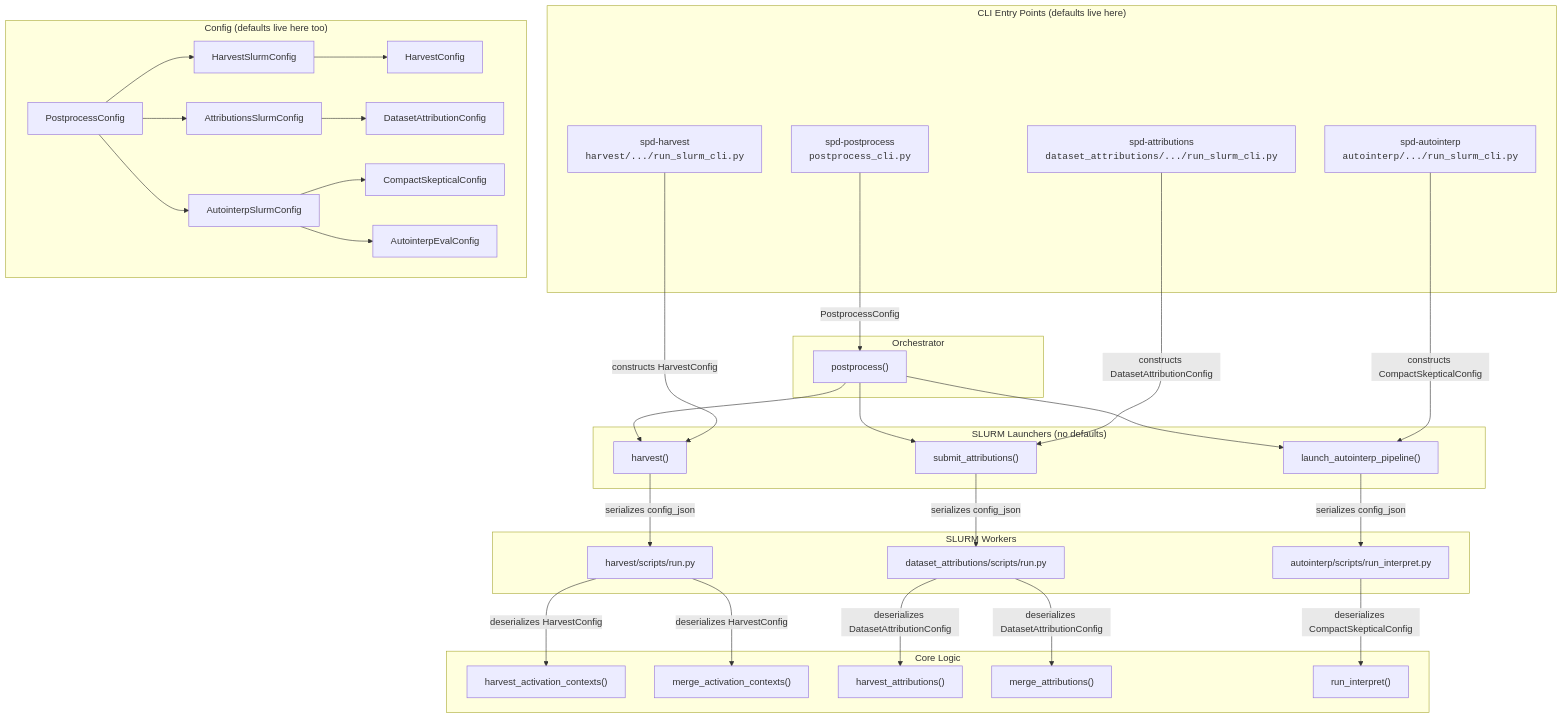
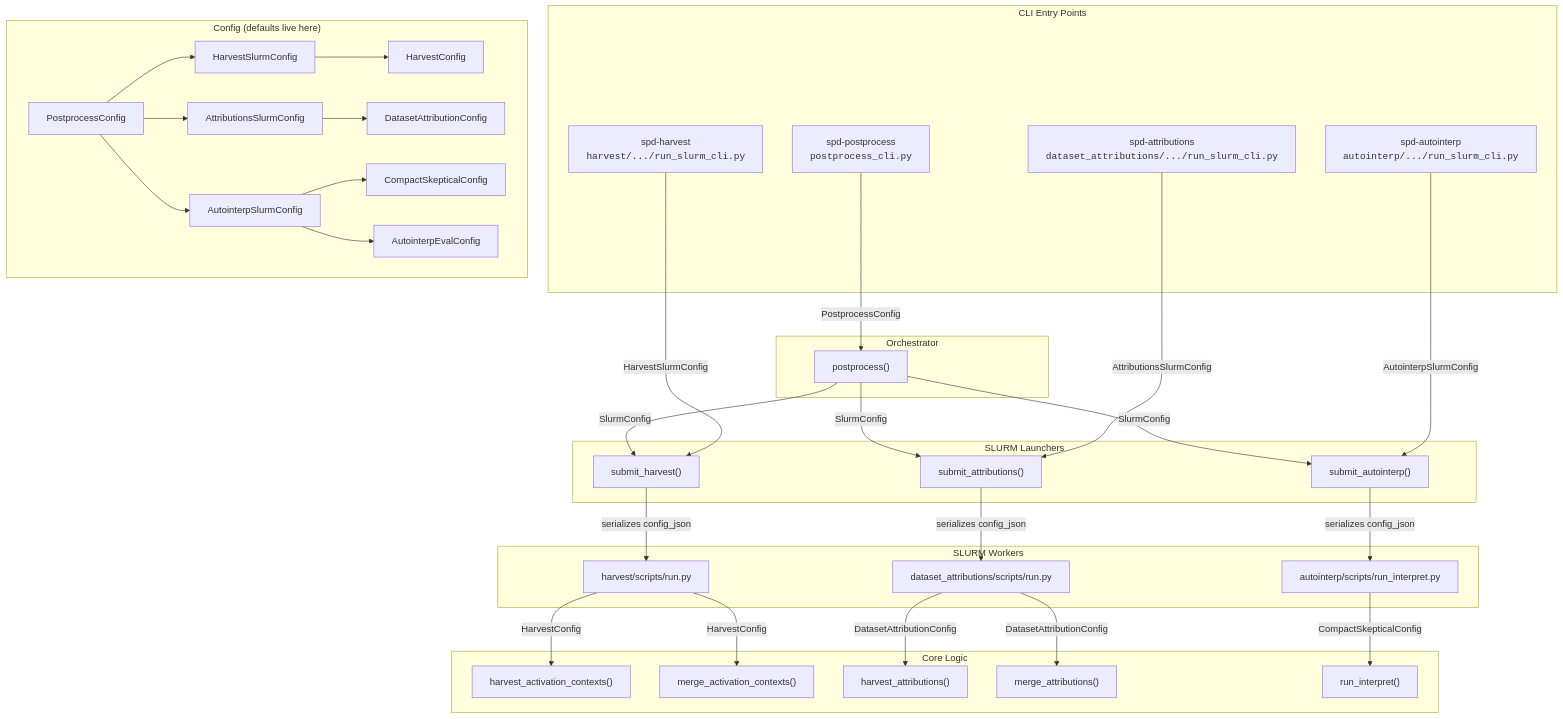
The first of 3 diagrams in spd/scripts/postprocess_architecture.md (goodfire-ai/spd), drawn with Mermaid before and after one commit. The commit also changed other lines of this file and 28 other files, not shown here.

First line of the commit message:
Extract configs into config.py files, flatten harvest/lib/, add AppTokenizer.from_pretrained

````diff
--- a/spd/scripts/postprocess_architecture.md
+++ b/spd/scripts/postprocess_architecture.md
@@ -5,64 +5,64 @@
 ```mermaid
 graph TD
-    subgraph "CLI Entry Points (defaults live here)"
+    subgraph "CLI Entry Points"
         PP_CLI["spd-postprocess<br/><code>postprocess_cli.py</code>"]
         H_CLI["spd-harvest<br/><code>harvest/.../run_slurm_cli.py</code>"]
         A_CLI["spd-attributions<br/><code>dataset_attributions/.../run_slurm_cli.py</code>"]
         AI_CLI["spd-autointerp<br/><code>autointerp/.../run_slurm_cli.py</code>"]
     end
 
-    subgraph "Config (defaults live here too)"
+    subgraph "Config (defaults live here)"
         PC["PostprocessConfig"]
         HSC["HarvestSlurmConfig"]
         ASC["AttributionsSlurmConfig"]
         AISC["AutointerpSlurmConfig"]
         HC["HarvestConfig"]
         DAC["DatasetAttributionConfig"]
         CSC["CompactSkepticalConfig"]
         AEC["AutointerpEvalConfig"]
 
         PC --> HSC & ASC & AISC
         HSC --> HC
         ASC --> DAC
         AISC --> CSC & AEC
     end
 
     subgraph "Orchestrator"
         PP["postprocess()"]
     end
 
-    subgraph "SLURM Launchers (no defaults)"
-        H_SLURM["harvest()"]
+    subgraph "SLURM Launchers"
+        H_SLURM["submit_harvest()"]
         A_SLURM["submit_attributions()"]
-        AI_SLURM["launch_autointerp_pipeline()"]
+        AI_SLURM["submit_autointerp()"]
     end
 
     subgraph "SLURM Workers"
         H_RUN["harvest/scripts/run.py"]
         A_RUN["dataset_attributions/scripts/run.py"]
         AI_RUN["autointerp/scripts/run_interpret.py"]
     end
 
     subgraph "Core Logic"
         H_CORE["harvest_activation_contexts()"]
         H_MERGE["merge_activation_contexts()"]
         A_CORE["harvest_attributions()"]
         A_MERGE["merge_attributions()"]
         AI_CORE["run_interpret()"]
     end
 
     PP_CLI -- "PostprocessConfig" --> PP
-    PP --> H_SLURM & A_SLURM & AI_SLURM
+    PP -- "SlurmConfig" --> H_SLURM & A_SLURM & AI_SLURM
 
-    H_CLI -- "constructs HarvestConfig" --> H_SLURM
-    A_CLI -- "constructs DatasetAttributionConfig" --> A_SLURM
-    AI_CLI -- "constructs CompactSkepticalConfig" --> AI_SLURM
+    H_CLI -- "HarvestSlurmConfig" --> H_SLURM
+    A_CLI -- "AttributionsSlurmConfig" --> A_SLURM
+    AI_CLI -- "AutointerpSlurmConfig" --> AI_SLURM
 
     H_SLURM -- "serializes config_json" --> H_RUN
     A_SLURM -- "serializes config_json" --> A_RUN
     AI_SLURM -- "serializes config_json" --> AI_RUN
 
-    H_RUN -- "deserializes HarvestConfig" --> H_CORE & H_MERGE
-    A_RUN -- "deserializes DatasetAttributionConfig" --> A_CORE & A_MERGE
-    AI_RUN -- "deserializes CompactSkepticalConfig" --> AI_CORE
+    H_RUN -- "HarvestConfig" --> H_CORE & H_MERGE
+    A_RUN -- "DatasetAttributionConfig" --> A_CORE & A_MERGE
+    AI_RUN -- "CompactSkepticalConfig" --> AI_CORE
 ```
````
